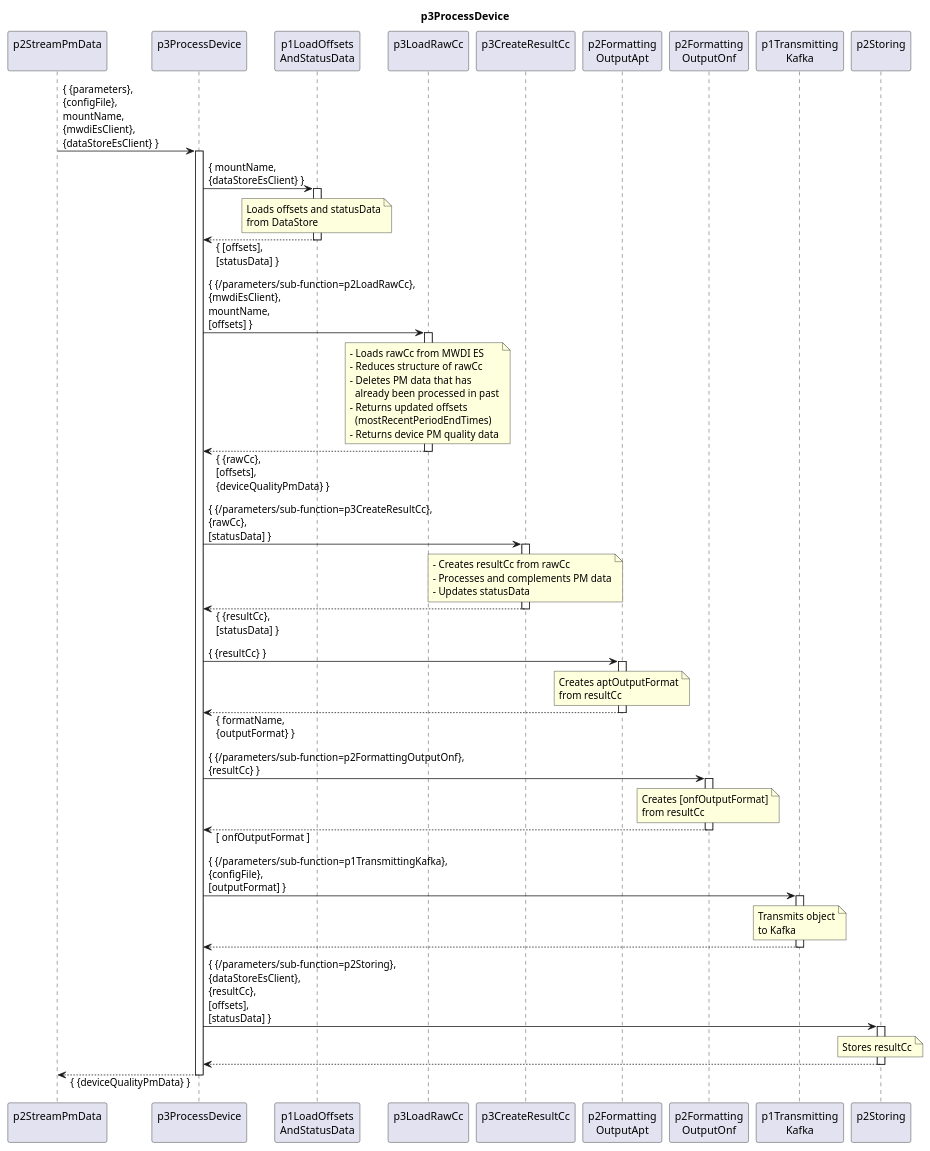
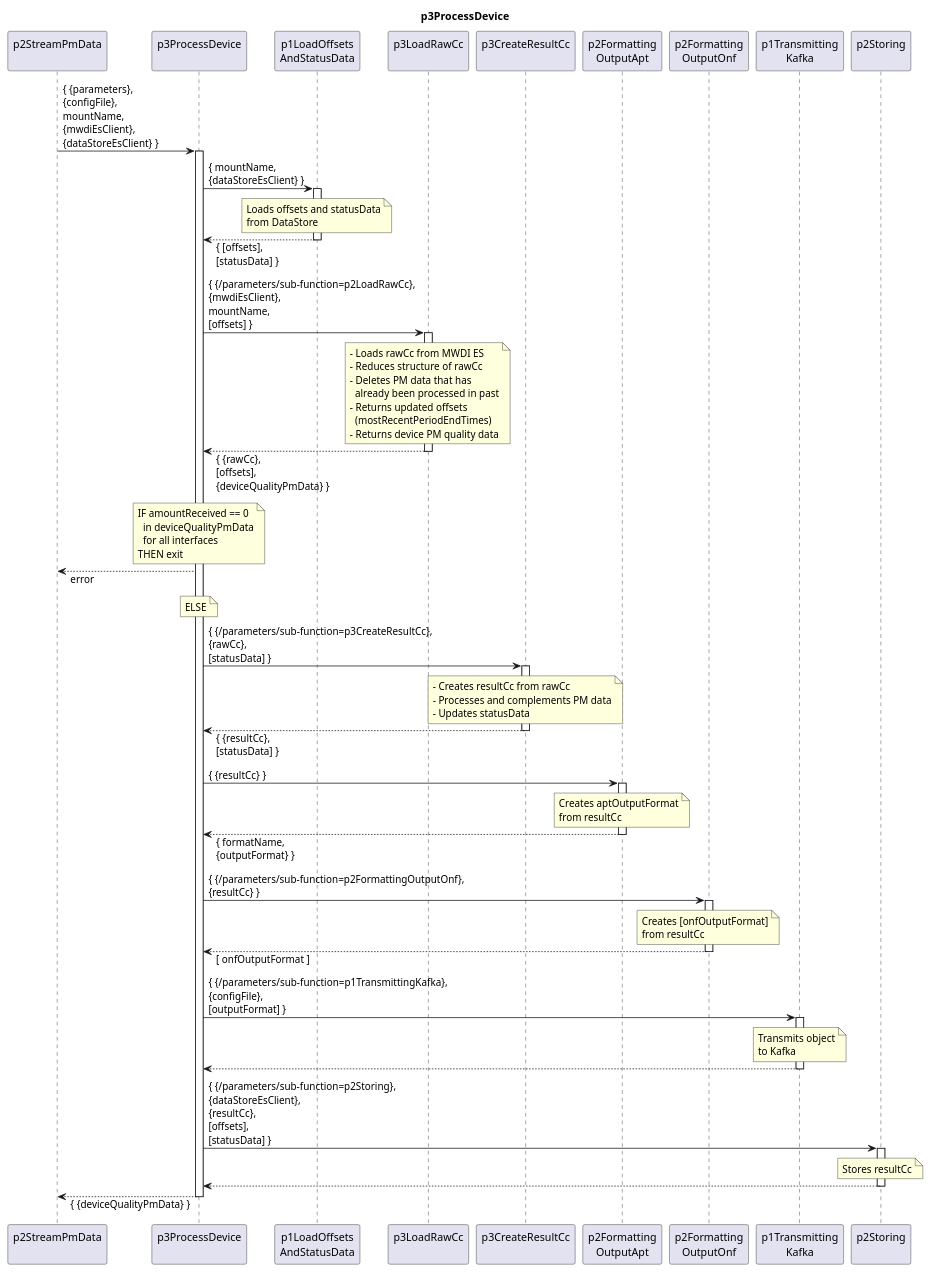
One commit to openBackhaul/DevicePerformanceManagementDataProcessor changed the diagram in spec/Functions/p2StreamPmData/p3ProcessDevice/1.0.0/p3ProcessDevice.plantuml. Above: the diagram before and after it, drawn with PlantUML. The commit also changed 2 other files, not shown here.

Commit message:
Handling of incomplete/broken data Fixes #264

```diff
--- a/spec/Functions/p2StreamPmData/p3ProcessDevice/1.0.0/p3ProcessDevice.plantuml
+++ b/spec/Functions/p2StreamPmData/p3ProcessDevice/1.0.0/p3ProcessDevice.plantuml
@@ -1,114 +1,127 @@
 @startuml p3ProcessDevice
 skinparam responseMessageBelowArrow true
 
 title
   p3ProcessDevice
 end title
 
 participant "p2StreamPmData\n" as requestor
 participant "p3ProcessDevice\n" as cur
 participant "p1LoadOffsets\nAndStatusData" as p1Offset
 participant "p3LoadRawCc\n" as p3AddRaw
 participant "p3CreateResultCc\n" as p3CreateResCc
 participant "p2Formatting\nOutputApt" as p2OutputApt
 participant "p2Formatting\nOutputOnf" as p2OutputOnf
 participant "p1Transmitting\nKafka" as p1Trans
 participant "p2Storing\n" as p2Store
 
 requestor -> cur : { {parameters},\n{configFile},\nmountName,\n{mwdiEsClient},\n{dataStoreEsClient} }
 activate cur
 
   'LoadOffsetsAndStatusData
   cur -> p1Offset: { mountName,\n{dataStoreEsClient} }
   activate p1Offset
 
     note over p1Offset
       Loads offsets and statusData
       from DataStore
     end note
 
   cur <-- p1Offset: { [offsets],\n[statusData] }
   deactivate p1Offset
 
   'LoadRawCc
   cur -> p3AddRaw : { {/parameters/sub-function=p2LoadRawCc},\n{mwdiEsClient},\nmountName,\n[offsets] }
   activate p3AddRaw
 
     note over p3AddRaw
       - Loads rawCc from MWDI ES
       - Reduces structure of rawCc
       - Deletes PM data that has
         already been processed in past
       - Returns updated offsets
         (mostRecentPeriodEndTimes)
       - Returns device PM quality data
     end note
 
   cur <-- p3AddRaw : { {rawCc},\n[offsets],\n{deviceQualityPmData} }
   deactivate p3AddRaw
+
+  'If no PM data abort
+  note over cur
+    IF amountReceived == 0
+      in deviceQualityPmData
+      for all interfaces
+    THEN exit
+  end note
+  requestor <-- cur: error
+
+  note over cur
+    ELSE
+  end note
 
   'CreateResultCc
   cur -> p3CreateResCc : { {/parameters/sub-function=p3CreateResultCc},\n{rawCc},\n[statusData] }
   activate p3CreateResCc
 
     note over p3CreateResCc
       - Creates resultCc from rawCc
       - Processes and complements PM data
       - Updates statusData
     end note
 
   cur <-- p3CreateResCc :  { {resultCc},\n[statusData] }
   deactivate p3CreateResCc
 
   'FormattingOutputApt
   cur -> p2OutputApt : { {resultCc} }
   activate p2OutputApt
 
     note over p2OutputApt
       Creates aptOutputFormat
       from resultCc
     end note
 
   cur <-- p2OutputApt : { formatName,\n{outputFormat} }
   deactivate p2OutputApt
 
   'FormattingOutputOnf
   cur -> p2OutputOnf : { {/parameters/sub-function=p2FormattingOutputOnf},\n{resultCc} }
   activate p2OutputOnf
 
     note over p2OutputOnf
       Creates [onfOutputFormat]
       from resultCc
     end note
 
   cur <-- p2OutputOnf : [ onfOutputFormat ]
   deactivate p2OutputOnf
 
   'TransmittingKafka
   cur -> p1Trans : { {/parameters/sub-function=p1TransmittingKafka},\n{configFile},\n[outputFormat] }
   activate p1Trans
 
     note over p1Trans
       Transmits object
       to Kafka
     end note
 
   cur <-- p1Trans
   deactivate p1Trans
 
   'Storing
   cur -> p2Store : { {/parameters/sub-function=p2Storing},\n{dataStoreEsClient},\n{resultCc},\n[offsets],\n[statusData] }
   activate p2Store
 
     note over p2Store
       Stores resultCc
     end note
 
   cur <-- p2Store
   deactivate p2Store
 
   requestor <-- cur: { {deviceQualityPmData} }
 
 deactivate cur
 
 @enduml
```
